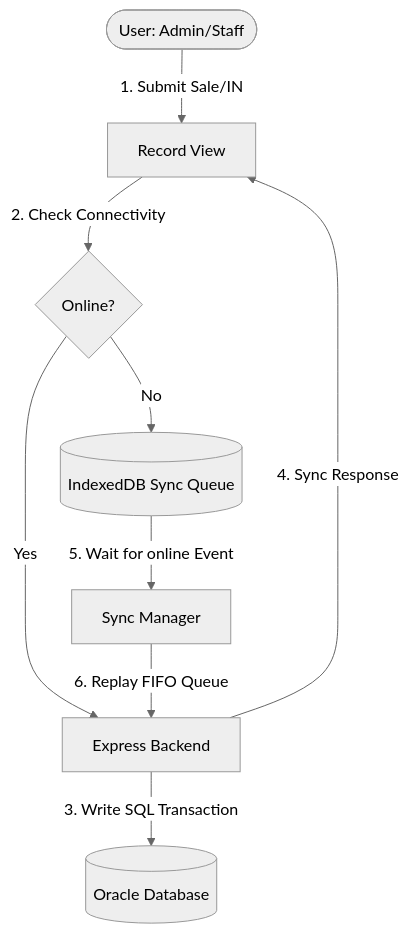
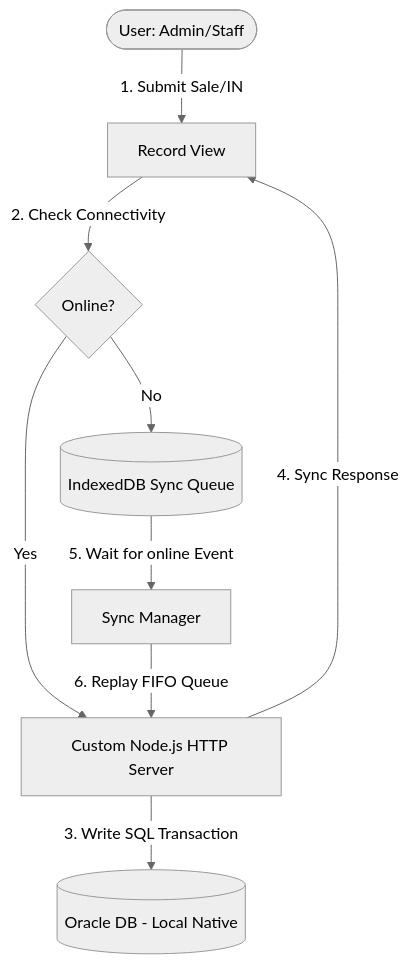
The second of 4 diagrams in docs/presentation_slides.md (HprogrammerArif/bazar-trace), drawn with Mermaid (neutral theme) before and after one commit. The commit also changed other lines of this file and 8 other files, not shown here.

````diff
--- a/docs/presentation_slides.md
+++ b/docs/presentation_slides.md
@@ -133,11 +133,11 @@
 ```mermaid
 graph TD
     User([User: Admin/Staff]) -->|1. Submit Sale/IN| Form[Record View]
     Form -->|2. Check Connectivity| Net{Online?}
-    Net -->|Yes| Backend[Express Backend]
+    Net -->|Yes| Backend[Custom Node.js HTTP Server]
     Net -->|No| IDB[(IndexedDB Sync Queue)]
-    Backend -->|3. Write SQL Transaction| OracleDB[(Oracle Database)]
+    Backend -->|3. Write SQL Transaction| OracleDB[(Oracle DB - Local Native)]
     Backend -->|4. Sync Response| Form
     IDB -->|5. Wait for online Event| Sync[Sync Manager]
     Sync -->|6. Replay FIFO Queue| Backend
 ```
````
